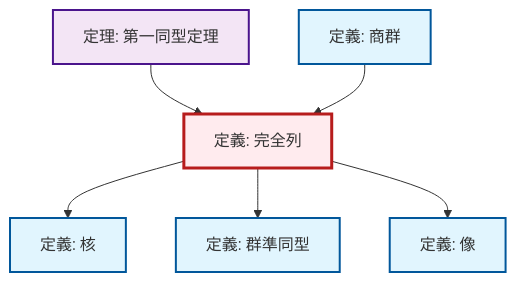
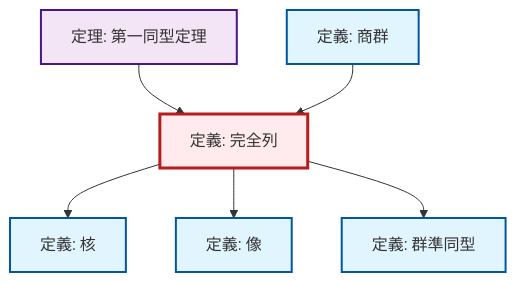
Before and after one commit to RK0429/ModernMath: the diagram in content/ja/algebra/def-exact-sequence.qmd, drawn with Mermaid. The commit also changed 672 other files, not shown here.

````diff
--- a/content/ja/algebra/def-exact-sequence.qmd
+++ b/content/ja/algebra/def-exact-sequence.qmd
@@ -106,26 +106,26 @@
 ```{mermaid}
-%%| fig-cap: "Local dependency graph"
+%%| fig-cap: "ローカル依存関係グラフ"
 graph TD
     classDef definition fill:#e1f5fe,stroke:#01579b,stroke-width:2px
     classDef theorem fill:#f3e5f5,stroke:#4a148c,stroke-width:2px
     classDef axiom fill:#fff3e0,stroke:#e65100,stroke-width:2px
     classDef example fill:#e8f5e9,stroke:#1b5e20,stroke-width:2px
     classDef current fill:#ffebee,stroke:#b71c1c,stroke-width:3px
+    def-exact-sequence["定義: 完全列"]:::definition
+    def-quotient-group["定義: 商群"]:::definition
+    thm-first-isomorphism["定理: 第一同型定理"]:::theorem
+    def-homomorphism["定義: 群準同型"]:::definition
     def-kernel["定義: 核"]:::definition
     def-image["定義: 像"]:::definition
-    def-quotient-group["定義: 商群"]:::definition
-    def-homomorphism["定義: 群準同型"]:::definition
-    def-exact-sequence["定義: 完全列"]:::definition
-    thm-first-isomorphism["定理: 第一同型定理"]:::theorem
     def-exact-sequence --> def-kernel
+    def-exact-sequence --> def-image
+    thm-first-isomorphism --> def-exact-sequence
     def-exact-sequence --> def-homomorphism
-    thm-first-isomorphism --> def-exact-sequence
-    def-exact-sequence --> def-image
     def-quotient-group --> def-exact-sequence
     class def-exact-sequence current
+    click def-quotient-group "def-quotient-group.html" "商群の定義へ"
+    click thm-first-isomorphism "thm-first-isomorphism.html" "第一同型定理の定理へ"
+    click def-homomorphism "def-homomorphism.html" "群準同型の定義へ"
     click def-kernel "def-kernel.html" "核の定義へ"
     click def-image "def-image.html" "像の定義へ"
-    click def-quotient-group "def-quotient-group.html" "商群の定義へ"
-    click def-homomorphism "def-homomorphism.html" "群準同型の定義へ"
-    click thm-first-isomorphism "thm-first-isomorphism.html" "第一同型定理の定理へ"
 ```
````
